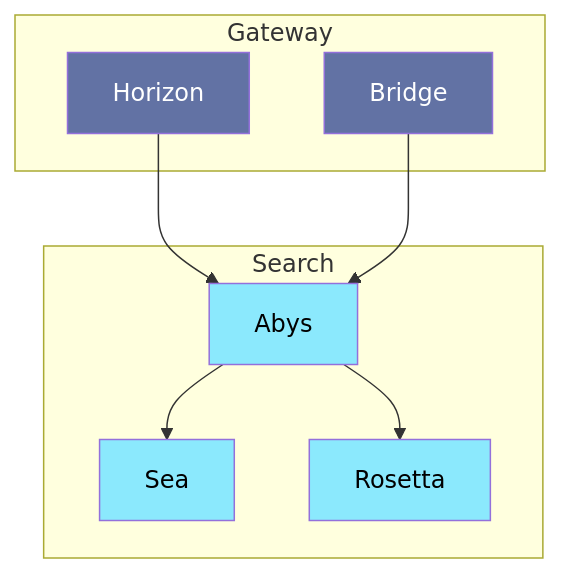
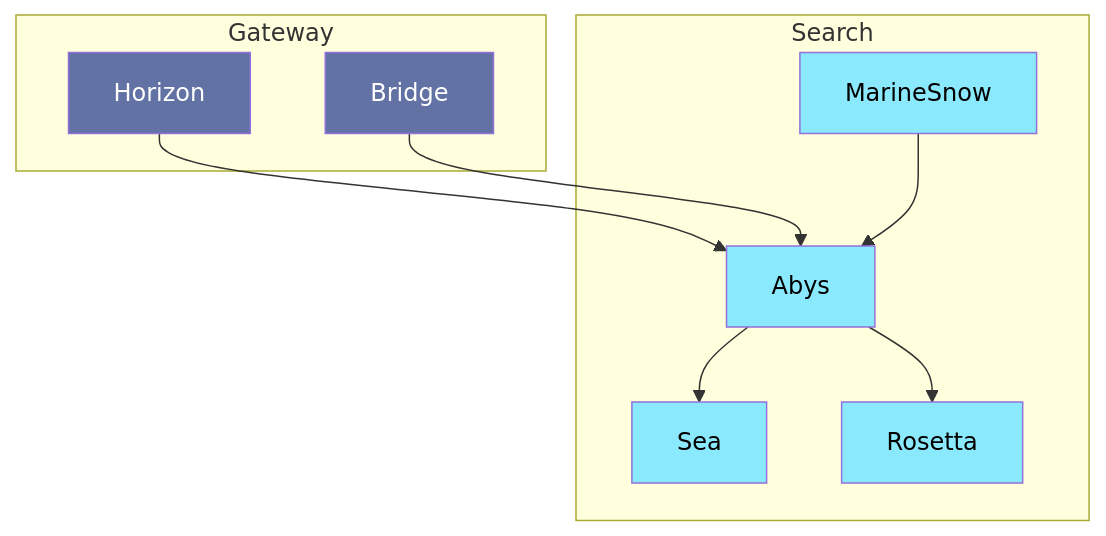
One commit to mathcovax/seaence changed the diagram in docs/services/abys/schema.md. Above: the diagram before and after it, drawn with Mermaid. The commit also changed other lines of this file and 1 other file, not shown here.

Commit message:
fix(110): marine snow schema

````diff
--- a/docs/services/abys/schema.md
+++ b/docs/services/abys/schema.md
@@ -9,26 +9,29 @@
 ```mermaid
 flowchart TB
     subgraph Gateway
         Horizon[Horizon]
         Bridge[Bridge]
     end
 
     subgraph Search
         Sea[Sea]
         Abys[Abys]
         Rosetta[Rosetta]
+        MarineSnow[MarineSnow]
     end
 
     Horizon --> Abys
 
     Bridge --> Abys
+
+    MarineSnow --> Abys
 
     Abys --> Sea
     Abys --> Rosetta
 	
     classDef gateway fill:#6272a4,color:white
     classDef search fill:#8be9fd,color:black
 
     class Horizon,Bridge gateway
-    class Sea,Abys,Rosetta search
+    class Sea,Abys,Rosetta,MarineSnow search
 ```
````
